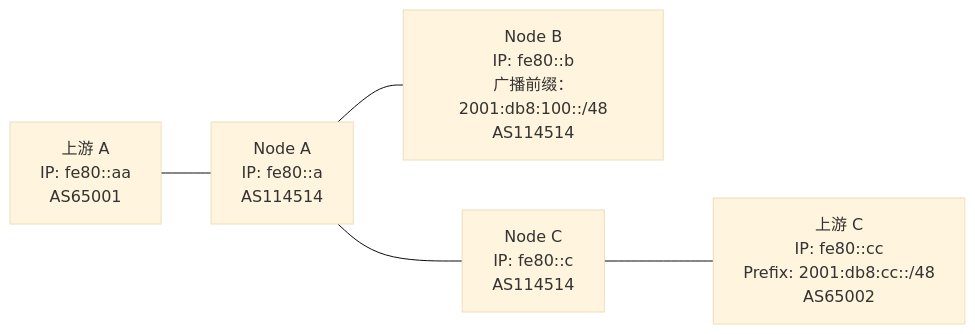
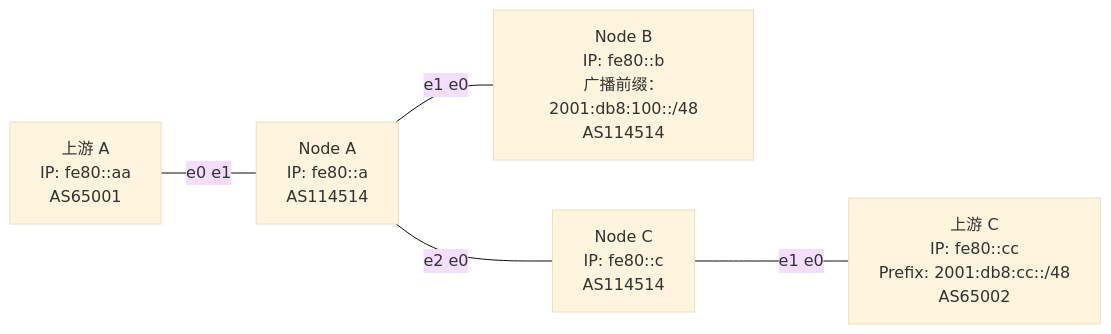
Before and after one commit to SkywolfCloud/routing-wiki: the diagram in src/content/docs/beginner/multi-location/ibgp.mdx, drawn with Mermaid (base theme). The commit also changed other lines of this file and 15 other files, not shown here.

````diff
--- a/src/content/docs/beginner/multi-location/ibgp.mdx
+++ b/src/content/docs/beginner/multi-location/ibgp.mdx
@@ -8,13 +10,12 @@
 ```mermaid
 graph LR
   UpA[上游 A<br/>IP: fe80::aa<br/>AS65001]
   A[Node A<br/>IP: fe80::a<br/>AS114514]
   B[Node B<br/>IP: fe80::b<br/>广播前缀：2001:db8:100::/48<br/>AS114514]
   C[Node C<br/>IP: fe80::c<br/>AS114514]
   UpC[上游 C<br/>IP: fe80::cc<br/>Prefix: 2001:db8:cc::/48<br/>AS65002]
-  UpA --- A
-  A --- B
-  A --- C
-
-  C --- UpC
+  UpA ---|"e0   e1"| A
+  A ---|"e1   e0"| B
+  A ---|"e2   e0"| C
+  C ---|"e1   e0"| UpC
 ```
````
